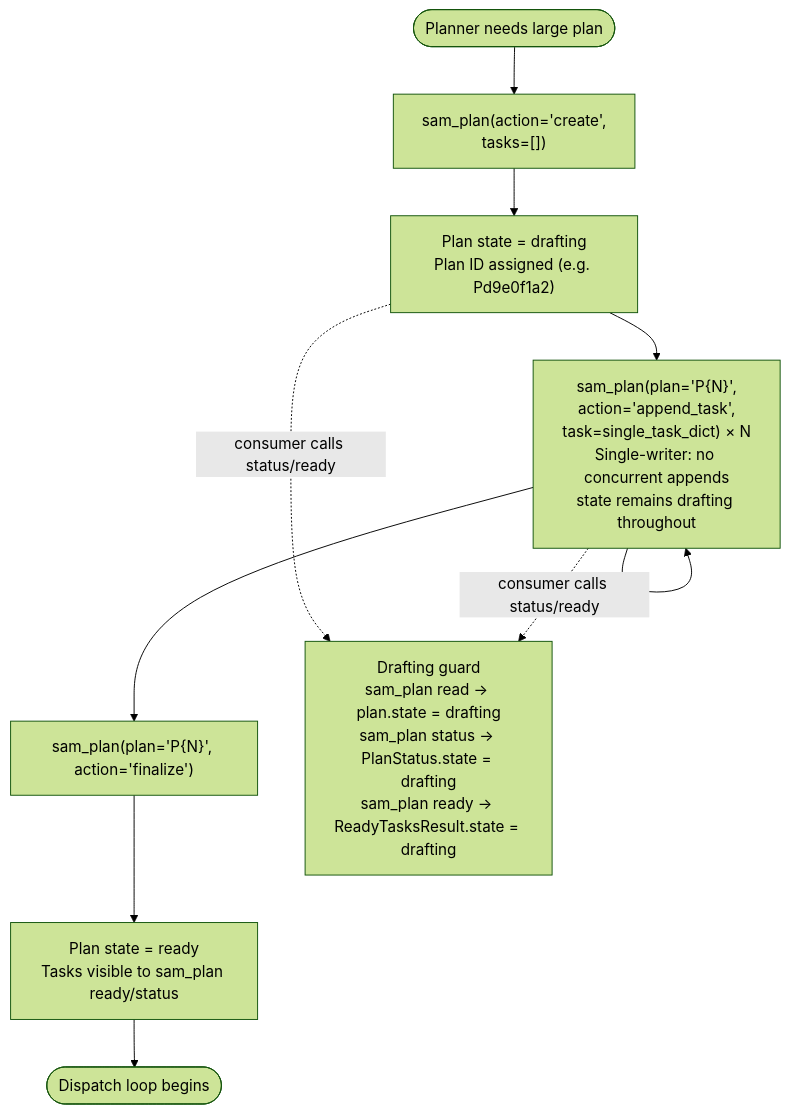
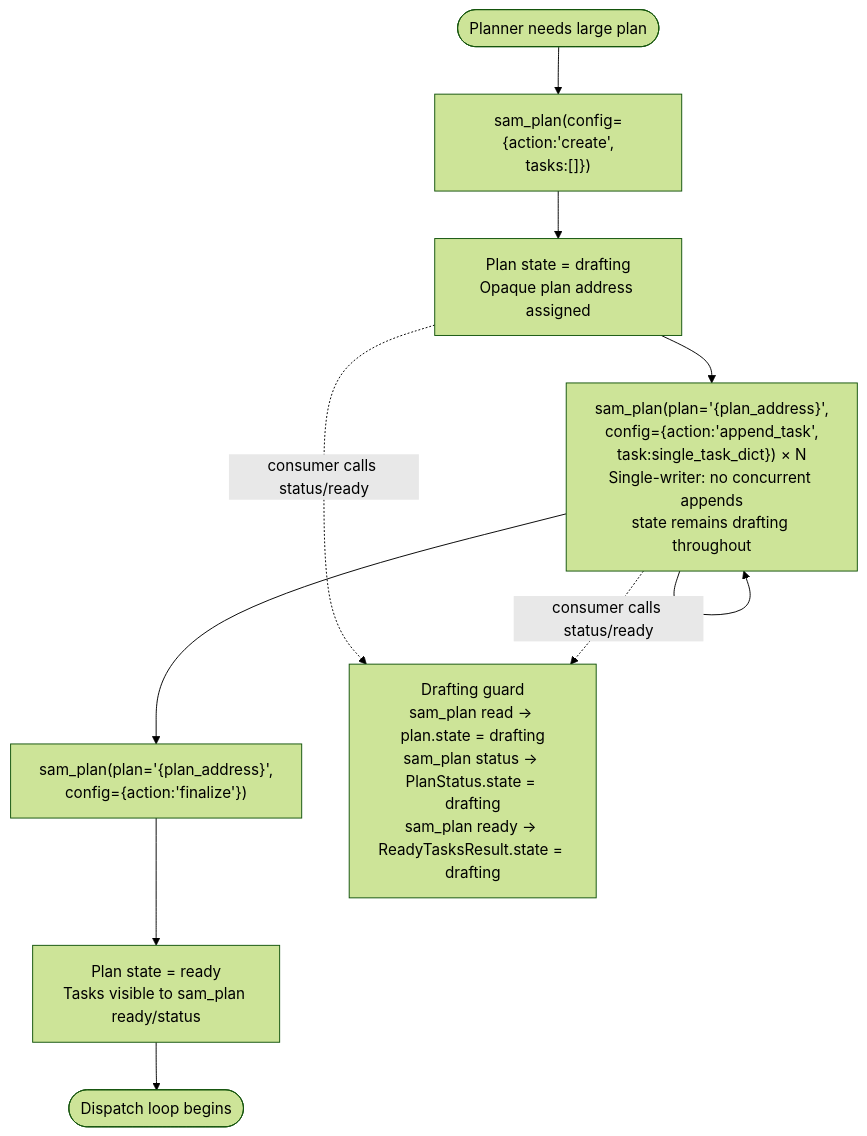
The third of 5 diagrams in plugins/development-harness/docs/workflow-architecture-diagram.md (Jamie-BitFlight/claude_skills), drawn with Mermaid (forest theme) before and after one commit. The commit also changed other lines of this file and 16 other files, not shown here.

````diff
--- a/plugins/development-harness/docs/workflow-architecture-diagram.md
+++ b/plugins/development-harness/docs/workflow-architecture-diagram.md
@@ -331,14 +334,14 @@
 ```mermaid
 flowchart TD
-    Start([Planner needs large plan]) --> Create["sam_plan(action='create',<br>tasks=[])"]
-    Create --> Drafting["Plan state = drafting<br>Plan ID assigned (e.g. Pd9e0f1a2)"]
-    Drafting --> AppendLoop["sam_plan(plan='P{N}',<br>action='append_task',<br>task=single_task_dict) × N<br>Single-writer: no concurrent appends<br>state remains drafting throughout"]
+    Start([Planner needs large plan]) --> Create["sam_plan(config={action:'create',<br>tasks:[]})"]
+    Create --> Drafting["Plan state = drafting<br>Opaque plan address assigned"]
+    Drafting --> AppendLoop["sam_plan(plan='{plan_address}',<br>config={action:'append_task',<br>task:single_task_dict}) × N<br>Single-writer: no concurrent appends<br>state remains drafting throughout"]
     AppendLoop --> AppendLoop
-    AppendLoop --> Finalize["sam_plan(plan='P{N}', action='finalize')"]
+    AppendLoop --> Finalize["sam_plan(plan='{plan_address}',<br>config={action:'finalize'})"]
     Finalize --> Ready["Plan state = ready<br>Tasks visible to sam_plan ready/status"]
     Ready --> Dispatch([Dispatch loop begins])
 
     DraftingGuard["Drafting guard<br>sam_plan read → plan.state = drafting<br>sam_plan status → PlanStatus.state = drafting<br>sam_plan ready → ReadyTasksResult.state = drafting"]
     Drafting -.->|"consumer calls status/ready"| DraftingGuard
     AppendLoop -.->|"consumer calls status/ready"| DraftingGuard
 ```
````
